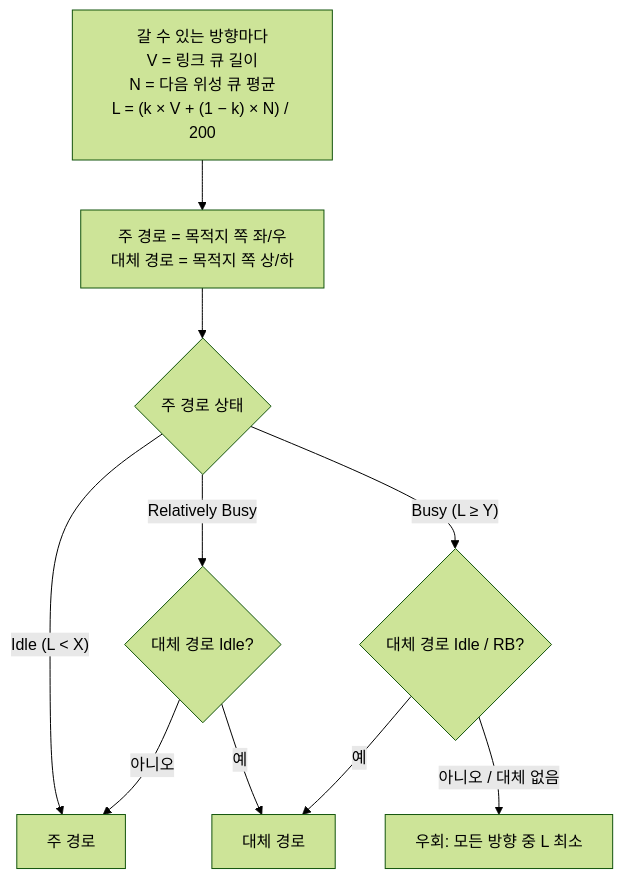
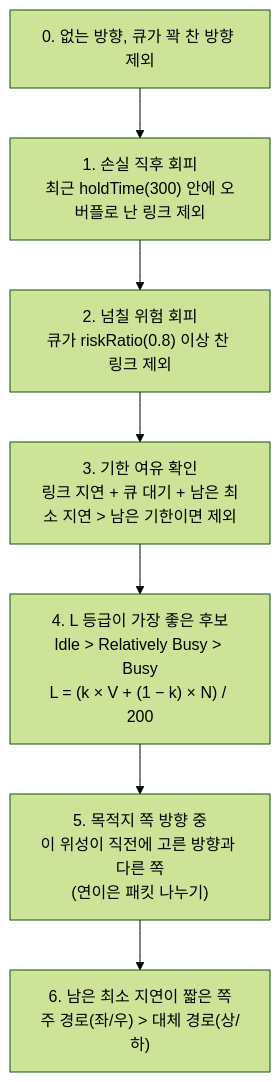
Before and after one commit to 26-2-capstone2/26-2capstone2: the third of 3 diagrams in flow.md, drawn with Mermaid (forest theme). The commit also changed other lines of this file and 43 other files, not shown here.

````diff
--- a/flow.md
+++ b/flow.md
@@ -166,12 +169,9 @@
 ```mermaid
 flowchart TD
-    A["갈 수 있는 방향마다<br/>V = 링크 큐 길이<br/>N = 다음 위성 큐 평균<br/>L = (k × V + (1 − k) × N) / 200"] --> B["주 경로 = 목적지 쪽 좌/우<br/>대체 경로 = 목적지 쪽 상/하"]
-    B --> C{"주 경로 상태"}
-    C -- "Idle (L < X)" --> P1["주 경로"]
-    C -- "Relatively Busy" --> D{"대체 경로 Idle?"}
-    D -- "예" --> P2["대체 경로"]
-    D -- "아니오" --> P1
-    C -- "Busy (L ≥ Y)" --> E{"대체 경로 Idle / RB?"}
-    E -- "예" --> P2
-    E -- "아니오 / 대체 없음" --> P3["우회: 모든 방향 중 L 최소"]
+    A["0. 없는 방향, 큐가 꽉 찬 방향 제외"] --> B["1. 손실 직후 회피<br/>최근 holdTime(300) 안에 오버플로 난 링크 제외"]
+    B --> C["2. 넘칠 위험 회피<br/>큐가 riskRatio(0.8) 이상 찬 링크 제외"]
+    C --> D["3. 기한 여유 확인<br/>링크 지연 + 큐 대기 + 남은 최소 지연 > 남은 기한이면 제외"]
+    D --> E["4. L 등급이 가장 좋은 후보<br/>Idle > Relatively Busy > Busy<br/>L = (k × V + (1 − k) × N) / 200"]
+    E --> F["5. 목적지 쪽 방향 중<br/>이 위성이 직전에 고른 방향과 다른 쪽<br/>(연이은 패킷 나누기)"]
+    F --> G["6. 남은 최소 지연이 짧은 쪽<br/>주 경로(좌/우) > 대체 경로(상/하)"]
 ```
````
